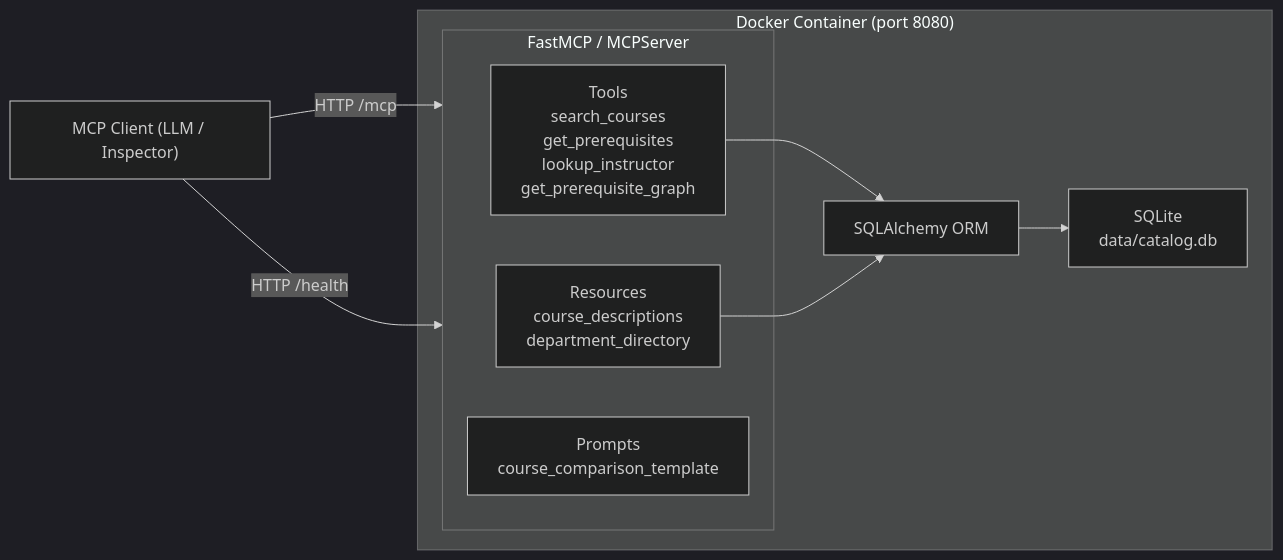
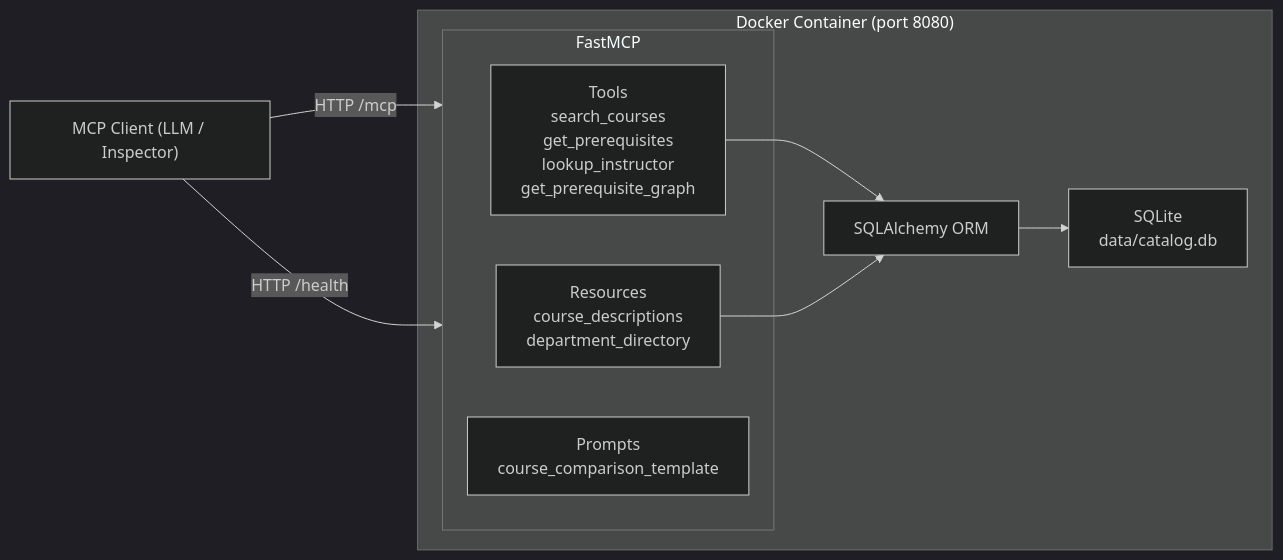
The diagram in README.md (Rushikesh-5706/MCP-Server-for-a-University-Course-Catalog), drawn with Mermaid (dark theme) before and after one commit. The commit also changed other lines of this file and 3 other files, not shown here.

Commit message:
fix: revert to FastMCP strictly as requested by the grading rubric

````diff
--- a/README.md
+++ b/README.md
@@ -9,20 +9,20 @@
 ```mermaid
 graph LR
     Client["MCP Client (LLM / Inspector)"]
 
     subgraph Docker["Docker Container (port 8080)"]
-        subgraph Server["FastMCP / MCPServer"]
+        subgraph Server["FastMCP"]
             T["Tools\nsearch_courses\nget_prerequisites\nlookup_instructor\nget_prerequisite_graph"]
             R["Resources\ncourse_descriptions\ndepartment_directory"]
             P["Prompts\ncourse_comparison_template"]
         end
         ORM["SQLAlchemy ORM"]
         DB["SQLite\ndata/catalog.db"]
     end
 
     Client -- "HTTP /mcp" --> Server
     Client -- "HTTP /health" --> Server
     T --> ORM
     R --> ORM
     ORM --> DB
 ```
````
